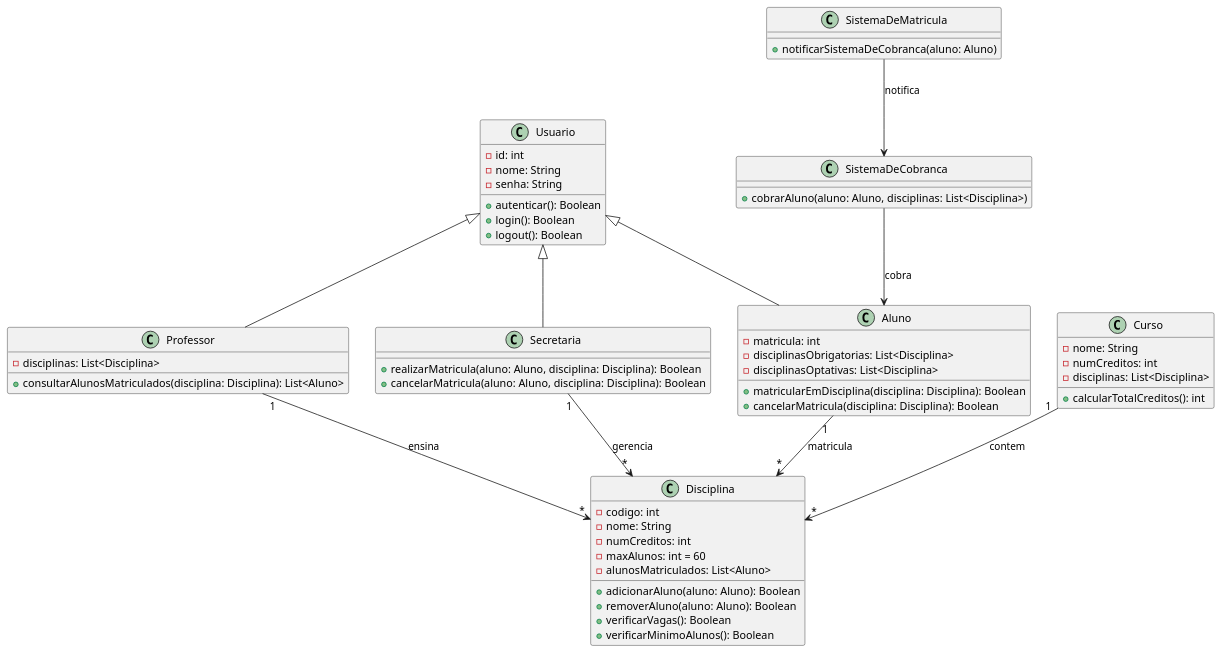
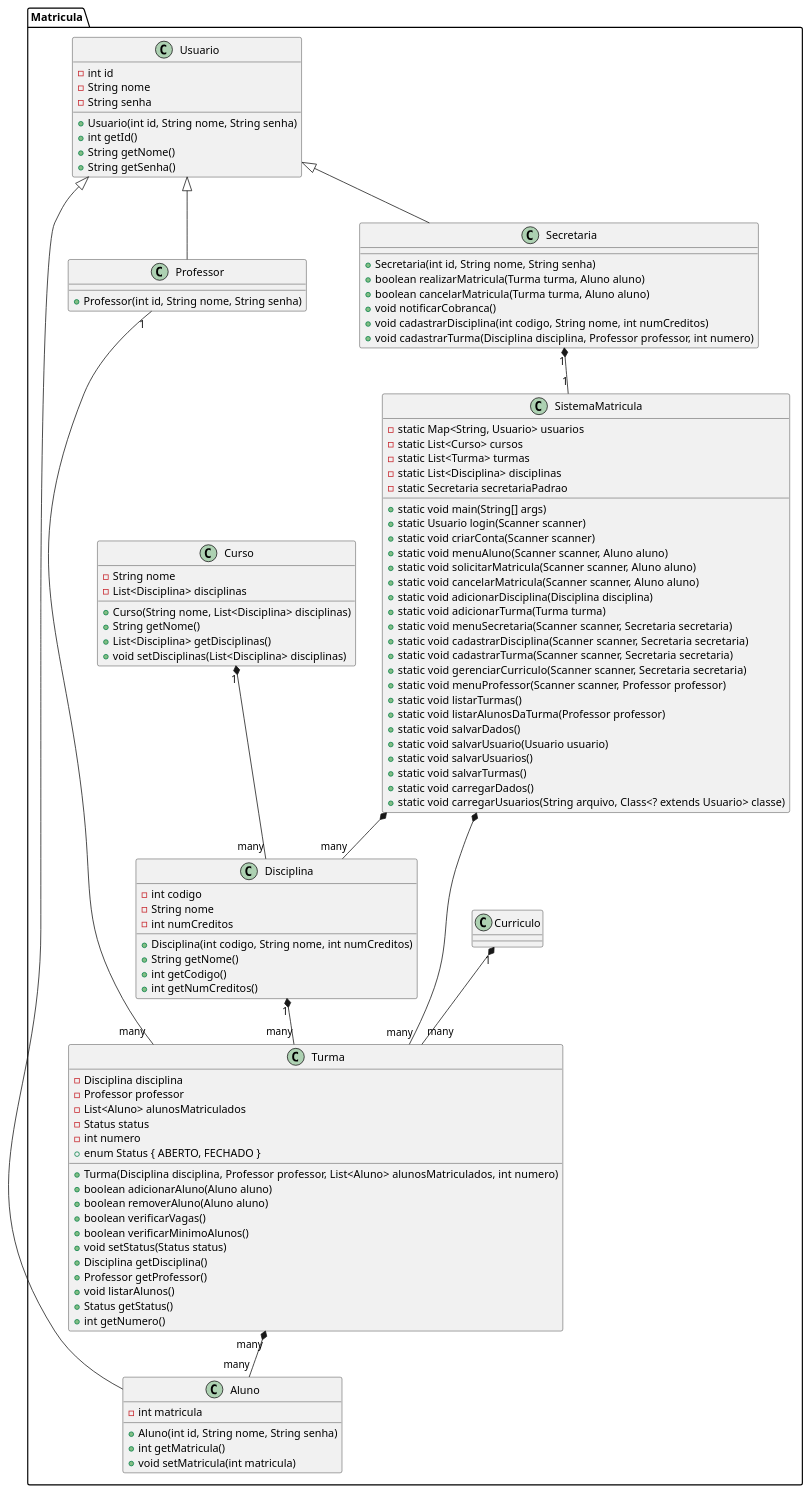
The diagram in project/code/diagrama-de-classe.puml (RafaelPChequer/LAB-01-SistemaDeMatricula), drawn with PlantUML before and after one commit. The commit also changed 9 other files, not shown here.

```diff
--- a/project/code/diagrama-de-classe.puml
+++ b/project/code/diagrama-de-classe.puml
@@ -1,68 +1,116 @@
 @startuml
+package Matricula {
 
-class Usuario {
-  -id: int
-  -nome: String
-  -senha: String
-  +autenticar(): Boolean
-  +login(): Boolean
-  +logout(): Boolean
+  class Usuario {
+    - int id
+    - String nome
+    - String senha
+    + Usuario(int id, String nome, String senha)
+    + int getId()
+    + String getNome()
+    + String getSenha()
+  }
+
+  class Aluno {
+    - int matricula
+    + Aluno(int id, String nome, String senha)
+    + int getMatricula()
+    + void setMatricula(int matricula)
+  }
+
+  class Professor {
+    + Professor(int id, String nome, String senha)
+  }
+
+  class Secretaria {
+    + Secretaria(int id, String nome, String senha)
+    + boolean realizarMatricula(Turma turma, Aluno aluno)
+    + boolean cancelarMatricula(Turma turma, Aluno aluno)
+    + void notificarCobranca()
+    + void cadastrarDisciplina(int codigo, String nome, int numCreditos)
+    + void cadastrarTurma(Disciplina disciplina, Professor professor, int numero)
+  }
+
+  class Curso {
+    - String nome
+    - List<Disciplina> disciplinas
+    + Curso(String nome, List<Disciplina> disciplinas)
+    + String getNome()
+    + List<Disciplina> getDisciplinas()
+    + void setDisciplinas(List<Disciplina> disciplinas)
+  }
+
+  class Disciplina {
+    - int codigo
+    - String nome
+    - int numCreditos
+    + Disciplina(int codigo, String nome, int numCreditos)
+    + String getNome()
+    + int getCodigo()
+    + int getNumCreditos()
+  }
+
+  class Turma {
+    - Disciplina disciplina
+    - Professor professor
+    - List<Aluno> alunosMatriculados
+    - Status status
+    - int numero
+    + enum Status { ABERTO, FECHADO }
+    + Turma(Disciplina disciplina, Professor professor, List<Aluno> alunosMatriculados, int numero)
+    + boolean adicionarAluno(Aluno aluno)
+    + boolean removerAluno(Aluno aluno)
+    + boolean verificarVagas()
+    + boolean verificarMinimoAlunos()
+    + void setStatus(Status status)
+    + Disciplina getDisciplina()
+    + Professor getProfessor()
+    + void listarAlunos()
+    + Status getStatus()
+    + int getNumero()
+  }
+
+  class SistemaMatricula {
+    - static Map<String, Usuario> usuarios
+    - static List<Curso> cursos
+    - static List<Turma> turmas
+    - static List<Disciplina> disciplinas
+    - static Secretaria secretariaPadrao
+    + static void main(String[] args)
+    + static Usuario login(Scanner scanner)
+    + static void criarConta(Scanner scanner)
+    + static void menuAluno(Scanner scanner, Aluno aluno)
+    + static void solicitarMatricula(Scanner scanner, Aluno aluno)
+    + static void cancelarMatricula(Scanner scanner, Aluno aluno)
+    + static void adicionarDisciplina(Disciplina disciplina)
+    + static void adicionarTurma(Turma turma)
+    + static void menuSecretaria(Scanner scanner, Secretaria secretaria)
+    + static void cadastrarDisciplina(Scanner scanner, Secretaria secretaria)
+    + static void cadastrarTurma(Scanner scanner, Secretaria secretaria)
+    + static void gerenciarCurriculo(Scanner scanner, Secretaria secretaria)
+    + static void menuProfessor(Scanner scanner, Professor professor)
+    + static void listarTurmas()
+    + static void listarAlunosDaTurma(Professor professor)
+    + static void salvarDados()
+    + static void salvarUsuario(Usuario usuario)
+    + static void salvarUsuarios()
+    + static void salvarTurmas()
+    + static void carregarDados()
+    + static void carregarUsuarios(String arquivo, Class<? extends Usuario> classe)
+  }
+
+  Usuario <|-- Aluno
+  Usuario <|-- Professor
+  Usuario <|-- Secretaria
+
+  Curso "1" *-- "many" Disciplina
+  Curriculo "1" *-- "many" Turma
+  Disciplina "1" *-- "many" Turma
+  Professor "1" -- "many" Turma
+  Turma "many" *-- "many" Aluno
+  Secretaria "1" *-- "1" SistemaMatricula
+  SistemaMatricula *-- "many" Turma
+  SistemaMatricula *-- "many" Disciplina
 }
 
-class Aluno{
-  -matricula: int
-  -disciplinasObrigatorias: List<Disciplina>
-  -disciplinasOptativas: List<Disciplina>
-  +matricularEmDisciplina(disciplina: Disciplina): Boolean
-  +cancelarMatricula(disciplina: Disciplina): Boolean
-}
-
-class Professor {
-  -disciplinas: List<Disciplina>
-  +consultarAlunosMatriculados(disciplina: Disciplina): List<Aluno>
-}
-
-class Secretaria {
-  +realizarMatricula(aluno: Aluno, disciplina: Disciplina): Boolean
-  +cancelarMatricula(aluno: Aluno, disciplina: Disciplina): Boolean
-}
-
-class Disciplina {
-  -codigo: int
-  -nome: String
-  -numCreditos: int
-  -maxAlunos: int = 60
-  -alunosMatriculados: List<Aluno>
-  +adicionarAluno(aluno: Aluno): Boolean
-  +removerAluno(aluno: Aluno): Boolean
-  +verificarVagas(): Boolean
-  +verificarMinimoAlunos(): Boolean
-}
-
-class Curso {
-  -nome: String
-  -numCreditos: int
-  -disciplinas: List<Disciplina>
-  +calcularTotalCreditos(): int
-}
-
-class SistemaDeMatricula {
-  +notificarSistemaDeCobranca(aluno: Aluno)
-}
-
-class SistemaDeCobranca {
-  +cobrarAluno(aluno: Aluno, disciplinas: List<Disciplina>)
-}
-
-Usuario <|-- Aluno
-Usuario <|-- Professor
-Usuario <|-- Secretaria
-
-Aluno "1" --> "*" Disciplina : matricula
-Professor "1" --> "*" Disciplina : ensina
-Secretaria "1" --> "*" Disciplina : gerencia
-Curso "1" --> "*" Disciplina : contem
-SistemaDeMatricula --> SistemaDeCobranca : notifica
-SistemaDeCobranca --> Aluno : cobra
-
 @enduml
```
